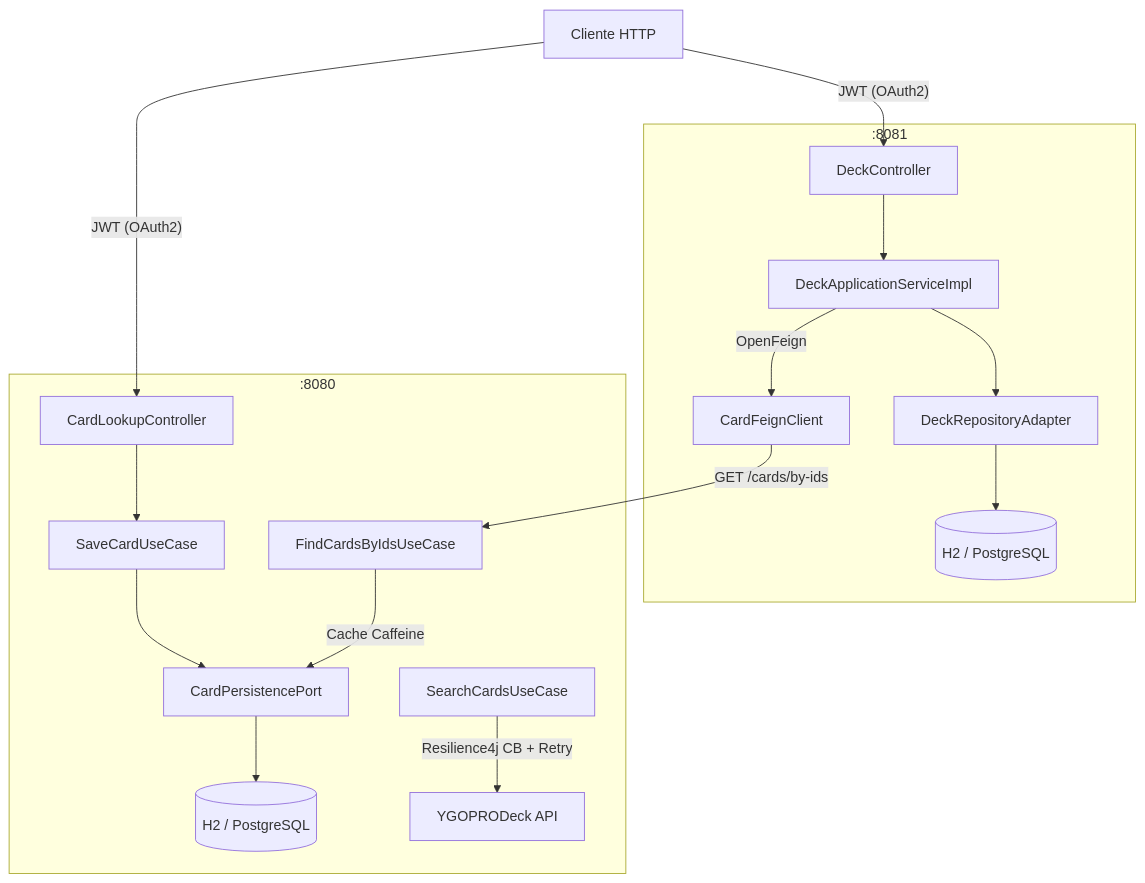
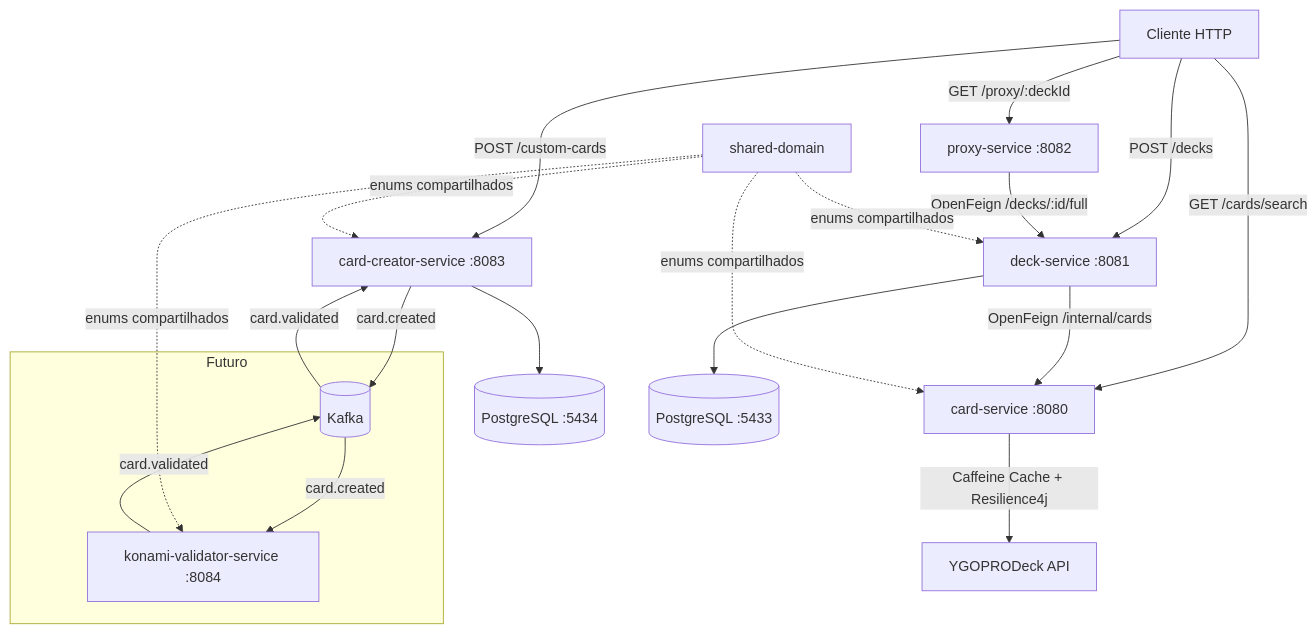
The first of 2 diagrams in README.md (odevpedro/yu-gi-oh-deck-management), drawn with Mermaid before and after one commit. The commit also changed other lines of this file, not shown here.

````diff
--- a/README.md
+++ b/README.md
@@ -34,23 +41,31 @@
 ```mermaid
 graph TD
-    Client["Cliente HTTP"] -->|"JWT (OAuth2)"| DC[DeckController]
-    Client -->|"JWT (OAuth2)"| CC[CardLookupController]
+    User["Cliente HTTP"]
 
-    subgraph deck-service [:8081]
-        DC --> DAS[DeckApplicationServiceImpl]
-        DAS --> DRA[DeckRepositoryAdapter]
-        DAS -->|OpenFeign| CFC[CardFeignClient]
-        DRA --> DeckDB[(H2 / PostgreSQL)]
+    User -->|GET /cards/search| CS[card-service :8080]
+    User -->|POST /decks| DS[deck-service :8081]
+    User -->|POST /custom-cards| CCS[card-creator-service :8083]
+    User -->|GET /proxy/:deckId| PS[proxy-service :8082]
+
+    CS -->|Caffeine Cache + Resilience4j| YGO[YGOPRODeck API]
+    DS -->|OpenFeign /internal/cards| CS
+    PS -->|OpenFeign /decks/:id/full| DS
+
+    CCS -->|card.created| Kafka[(Kafka)]
+    Kafka -->|card.validated| CCS
+
+    subgraph "Futuro"
+        KV[konami-validator-service :8084]
+        Kafka -->|card.created| KV
+        KV -->|card.validated| Kafka
     end
 
-    subgraph card-service [:8080]
-        CC --> SUC[SaveCardUseCase]
-        SUC --> CPA[CardPersistencePort]
-        CPA --> CardDB[(H2 / PostgreSQL)]
+    CCS --> CreatorDB[(PostgreSQL :5434)]
+    DS --> DeckDB[(PostgreSQL :5433)]
 
-        CFC -->|"GET /cards/by-ids"| FCC[FindCardsByIdsUseCase]
-        FCC -->|Cache Caffeine| CPA
-
-        SUC2[SearchCardsUseCase] -->|Resilience4j CB + Retry| YGO[YGOPRODeck API]
-    end
+    SD[shared-domain]
+    SD -.->|enums compartilhados| CS
+    SD -.->|enums compartilhados| CCS
+    SD -.->|enums compartilhados| DS
+    SD -.->|enums compartilhados| KV
 ```
````
